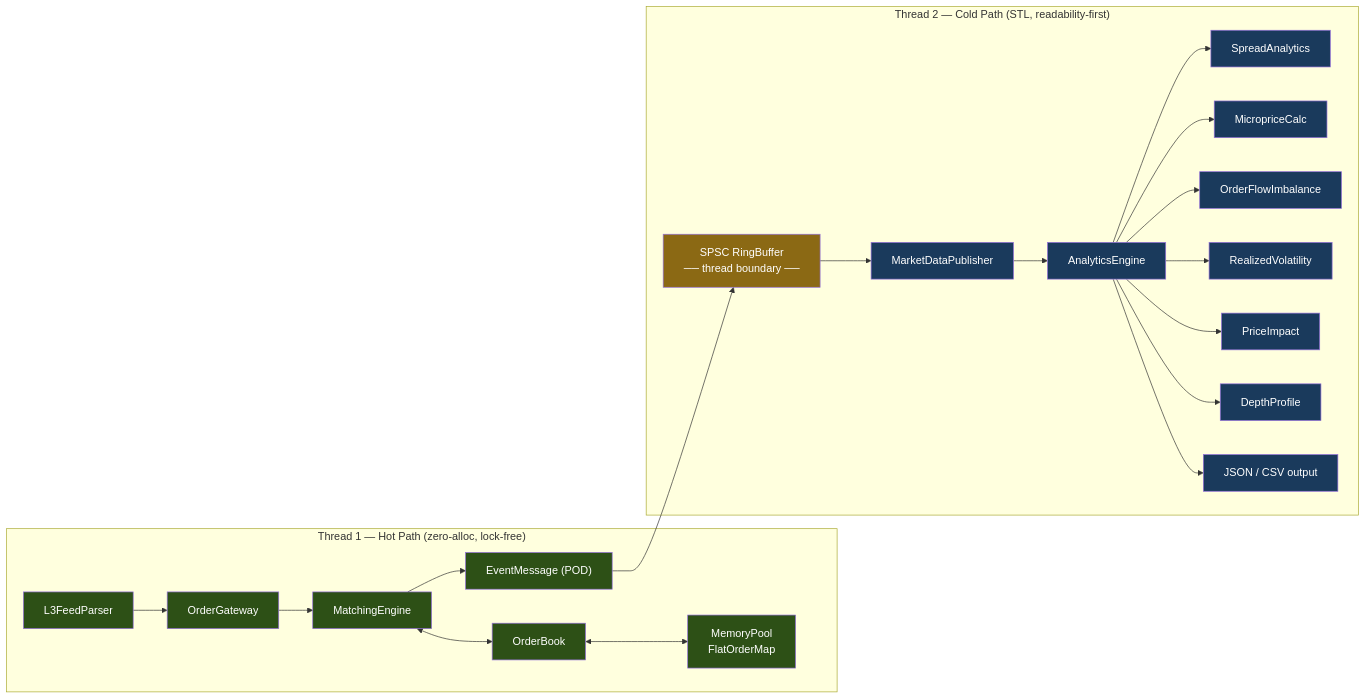
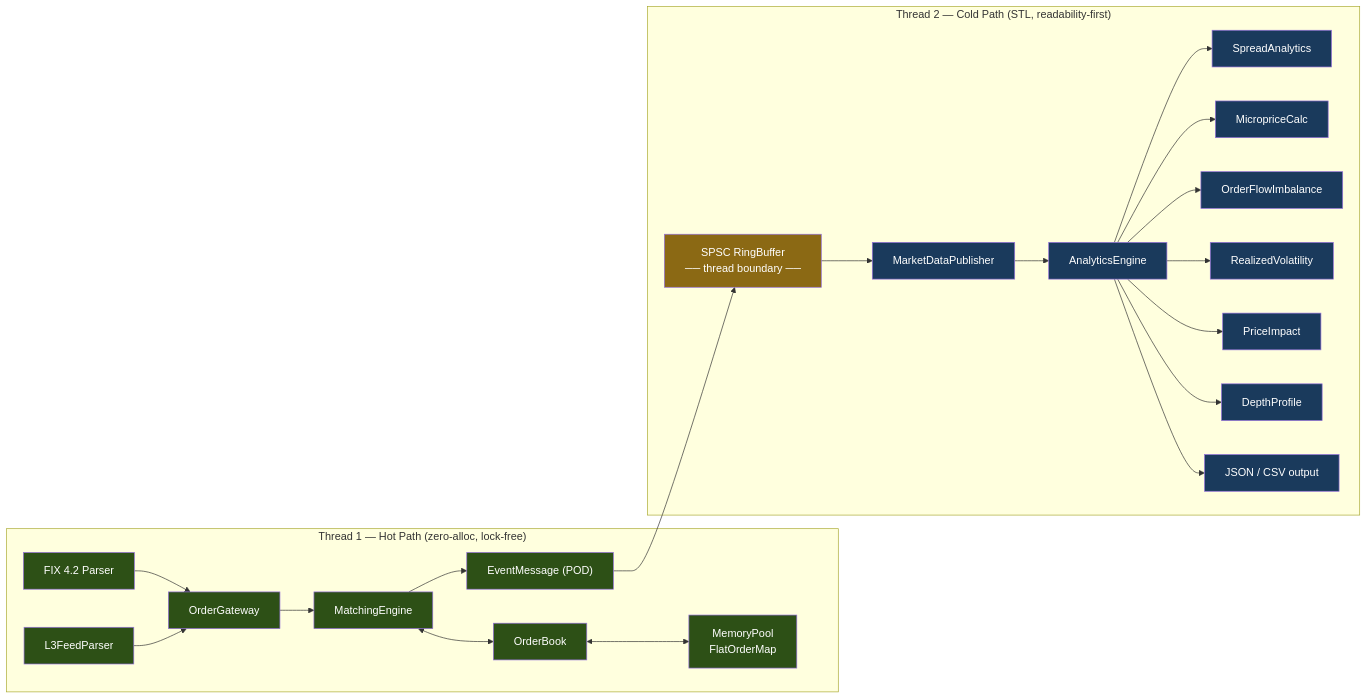
The diagram in README.md (Artemarius/hft-orderbook-engine), drawn with Mermaid before and after one commit. The commit also changed other lines of this file and 11 other files, not shown here.

````diff
--- a/README.md
+++ b/README.md
@@ -153,41 +161,43 @@
 ```mermaid
 graph LR
     subgraph "Thread 1 — Hot Path (zero-alloc, lock-free)"
-        FP[L3FeedParser] --> GW[OrderGateway]
+        FIX[FIX 4.2 Parser] --> GW[OrderGateway]
+        FP[L3FeedParser] --> GW
         GW --> ME[MatchingEngine]
         ME <--> OB[OrderBook]
         OB <--> MP[MemoryPool<br/>FlatOrderMap]
         ME --> EB["EventMessage (POD)"]
     end
 
     EB --> SPSC["SPSC RingBuffer<br/>── thread boundary ──"]
 
     subgraph "Thread 2 — Cold Path (STL, readability-first)"
         SPSC --> MDP[MarketDataPublisher]
         MDP --> AE[AnalyticsEngine]
         AE --> S[SpreadAnalytics]
         AE --> MPC[MicropriceCalc]
         AE --> OFI[OrderFlowImbalance]
         AE --> RV[RealizedVolatility]
         AE --> PI[PriceImpact]
         AE --> DP[DepthProfile]
         AE --> OUT["JSON / CSV output"]
     end
 
+    style FIX fill:#2d5016,color:#fff
     style FP fill:#2d5016,color:#fff
     style GW fill:#2d5016,color:#fff
     style ME fill:#2d5016,color:#fff
     style OB fill:#2d5016,color:#fff
     style MP fill:#2d5016,color:#fff
     style EB fill:#2d5016,color:#fff
     style SPSC fill:#8b6914,color:#fff
     style MDP fill:#1a3a5c,color:#fff
     style AE fill:#1a3a5c,color:#fff
     style S fill:#1a3a5c,color:#fff
     style MPC fill:#1a3a5c,color:#fff
     style OFI fill:#1a3a5c,color:#fff
     style RV fill:#1a3a5c,color:#fff
     style PI fill:#1a3a5c,color:#fff
     style DP fill:#1a3a5c,color:#fff
     style OUT fill:#1a3a5c,color:#fff
 ```
````
